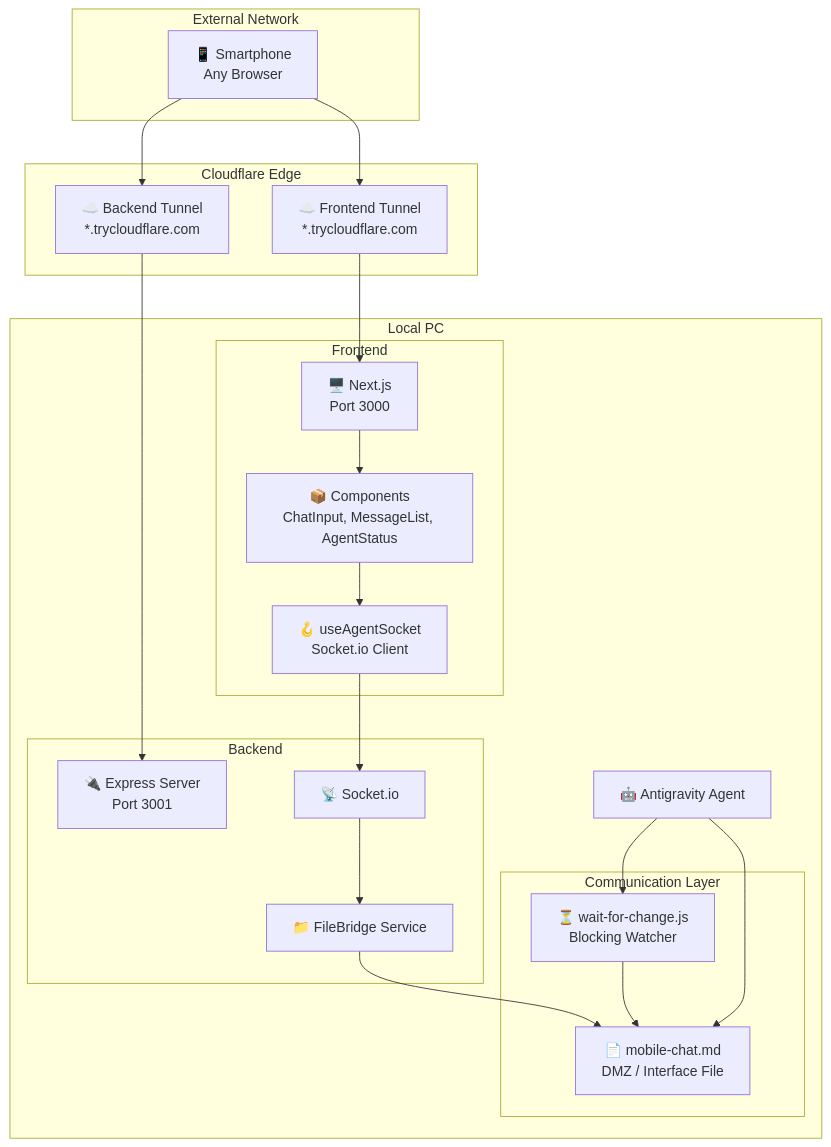
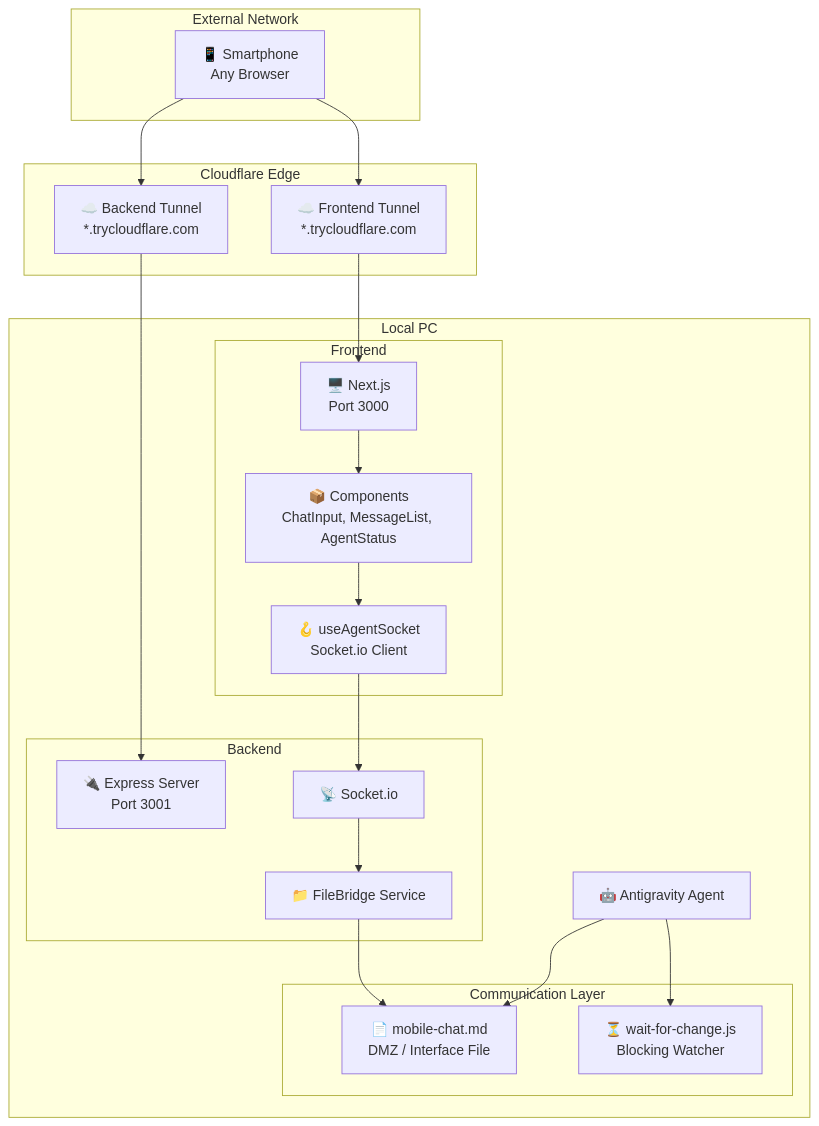
Before and after one commit to for4xex-droid/remote-antigravity: the second of 2 diagrams in docs/TECHNICAL_DESIGN_DOCUMENT.md, drawn with Mermaid. The commit also changed other lines of this file and 9 other files, not shown here.

````diff
--- a/docs/TECHNICAL_DESIGN_DOCUMENT.md
+++ b/docs/TECHNICAL_DESIGN_DOCUMENT.md
@@ -44,48 +44,47 @@
 ```mermaid
 graph TB
     subgraph "External Network"
         Phone[📱 Smartphone<br/>Any Browser]
     end
     
     subgraph "Cloudflare Edge"
         Tunnel1[☁️ Frontend Tunnel<br/>*.trycloudflare.com]
         Tunnel2[☁️ Backend Tunnel<br/>*.trycloudflare.com]
     end
     
     subgraph "Local PC"
         subgraph "Frontend"
             NextJS[🖥️ Next.js<br/>Port 3000]
             Components[📦 Components<br/>ChatInput, MessageList, AgentStatus]
             Hook[🪝 useAgentSocket<br/>Socket.io Client]
         end
         
         subgraph "Backend"
             Express[🔌 Express Server<br/>Port 3001]
             SocketIO[📡 Socket.io]
             FileBridge[📁 FileBridge Service]
         end
         
         subgraph "Communication Layer"
             ChatFile[📄 mobile-chat.md<br/>DMZ / Interface File]
             WaitScript[⏳ wait-for-change.js<br/>Blocking Watcher]
         end
         
         Agent[🤖 Antigravity Agent]
     end
     
     Phone --> Tunnel1
     Phone --> Tunnel2
     Tunnel1 --> NextJS
     Tunnel2 --> Express
     
     NextJS --> Components
     Components --> Hook
     Hook --> SocketIO
     
     SocketIO --> FileBridge
     FileBridge --> ChatFile
     
-    WaitScript --> ChatFile
     Agent --> WaitScript
     Agent --> ChatFile
 ```
````
